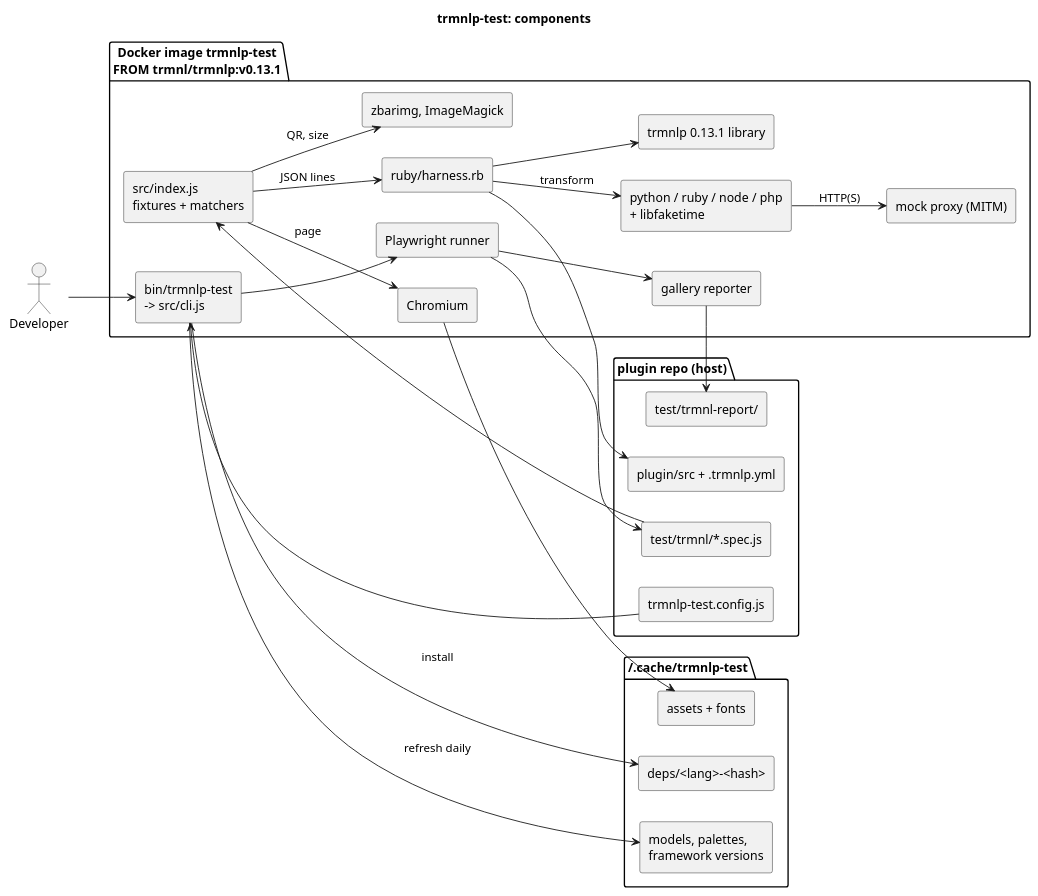
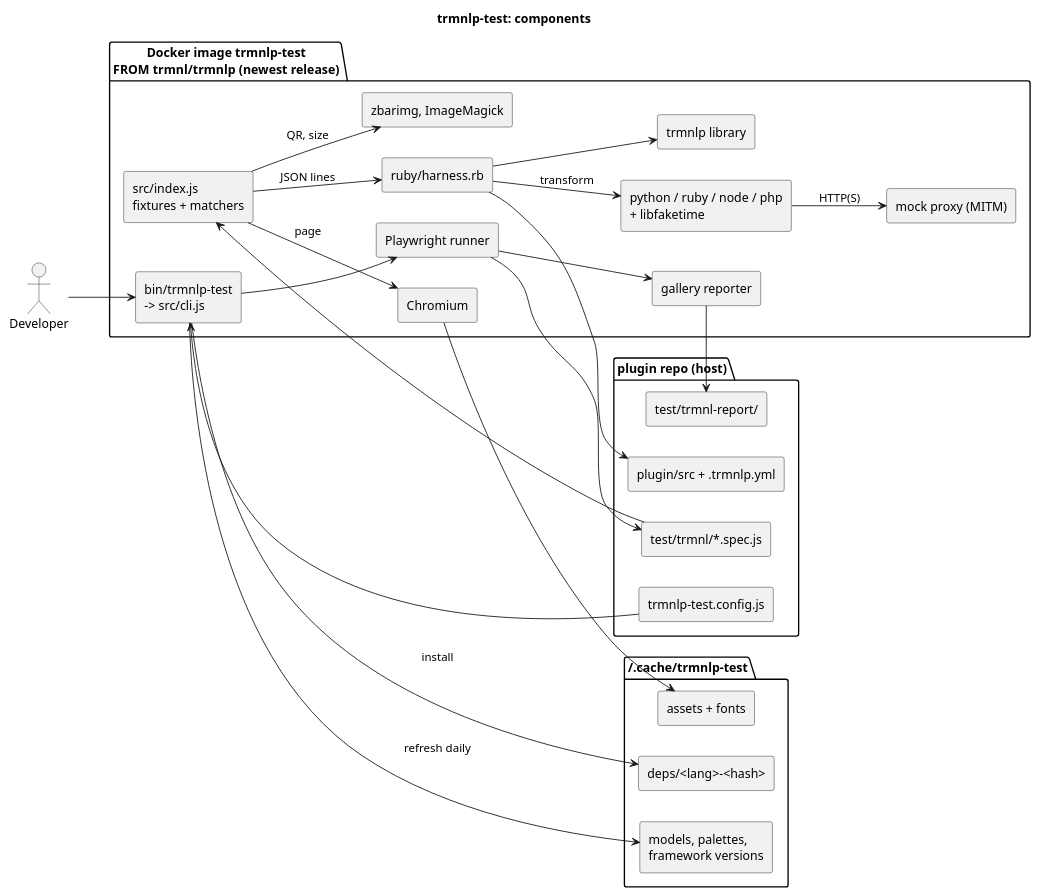
One commit to ExcuseMi/trmnlp-test changed the diagram in docs/components.puml. Above: the diagram before and after it, drawn with PlantUML. The commit also changed 8 other files, not shown here.

First line of the commit message:
Follow the newest trmnlp release

```diff
--- a/docs/components.puml
+++ b/docs/components.puml
@@ -1,49 +1,49 @@
 @startuml components
 title trmnlp-test: components
 skinparam shadowing false
 skinparam componentStyle rectangle
 left to right direction
 
 actor Developer as dev
 package "plugin repo (host)" {
   [trmnlp-test.config.js] as cfg
   [test/trmnl/*.spec.js] as specs
   [plugin/src + .trmnlp.yml] as plugin
   [test/trmnl-report/] as report
 }
-package "Docker image trmnlp-test\nFROM trmnl/trmnlp:v0.13.1" {
+package "Docker image trmnlp-test\nFROM trmnl/trmnlp (newest release)" {
   [bin/trmnlp-test\n-> src/cli.js] as cli
   [Playwright runner] as pw
   [src/index.js\nfixtures + matchers] as api
   [ruby/harness.rb] as harness
-  [trmnlp 0.13.1 library] as trmnlp
+  [trmnlp library] as trmnlp
   [python / ruby / node / php\n+ libfaketime] as runtimes
   [mock proxy (MITM)] as proxy
   [Chromium] as chrome
   [zbarimg, ImageMagick] as tools
   [gallery reporter] as gallery
 }
 package "~/.cache/trmnlp-test" {
   [deps/<lang>-<hash>] as deps
   [assets + fonts] as assets
   [models, palettes,\nframework versions] as meta
 }
 
 dev --> cli
 cfg --> cli
 cli --> deps : install
 cli --> meta : refresh daily
 cli --> pw
 pw --> specs
 specs --> api
 api --> harness : JSON lines
 harness --> plugin
 harness --> trmnlp
 harness --> runtimes : transform
 runtimes --> proxy : HTTP(S)
 api --> chrome : page
 chrome --> assets
 api --> tools : QR, size
 pw --> gallery
 gallery --> report
 @enduml
```
